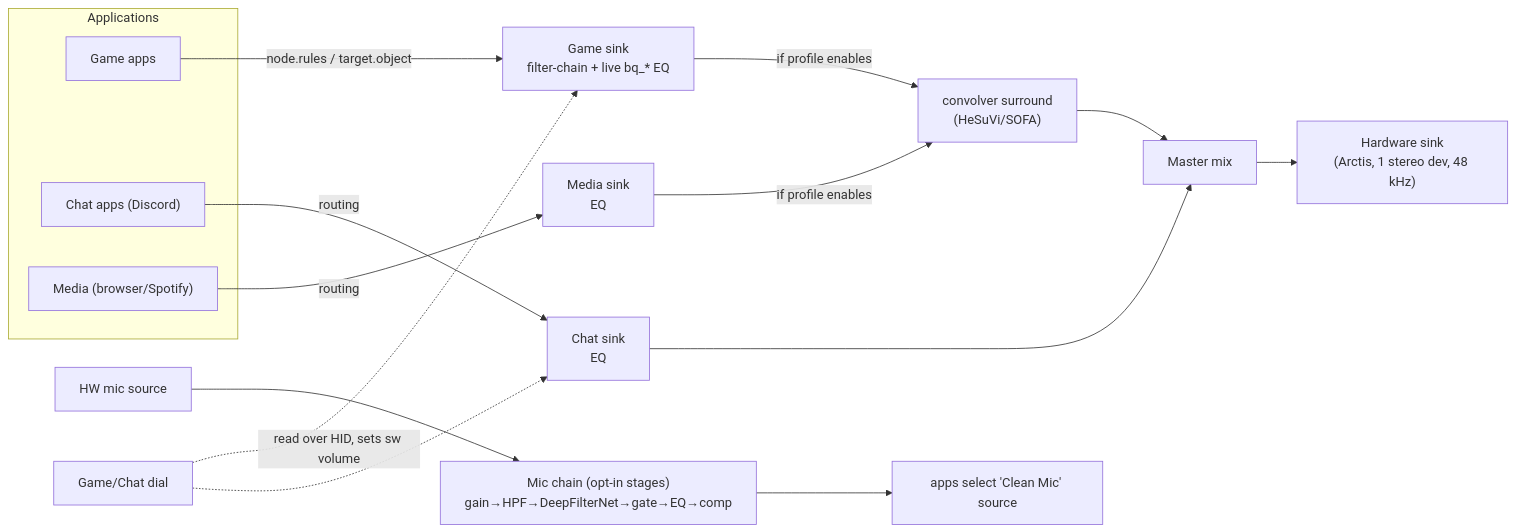
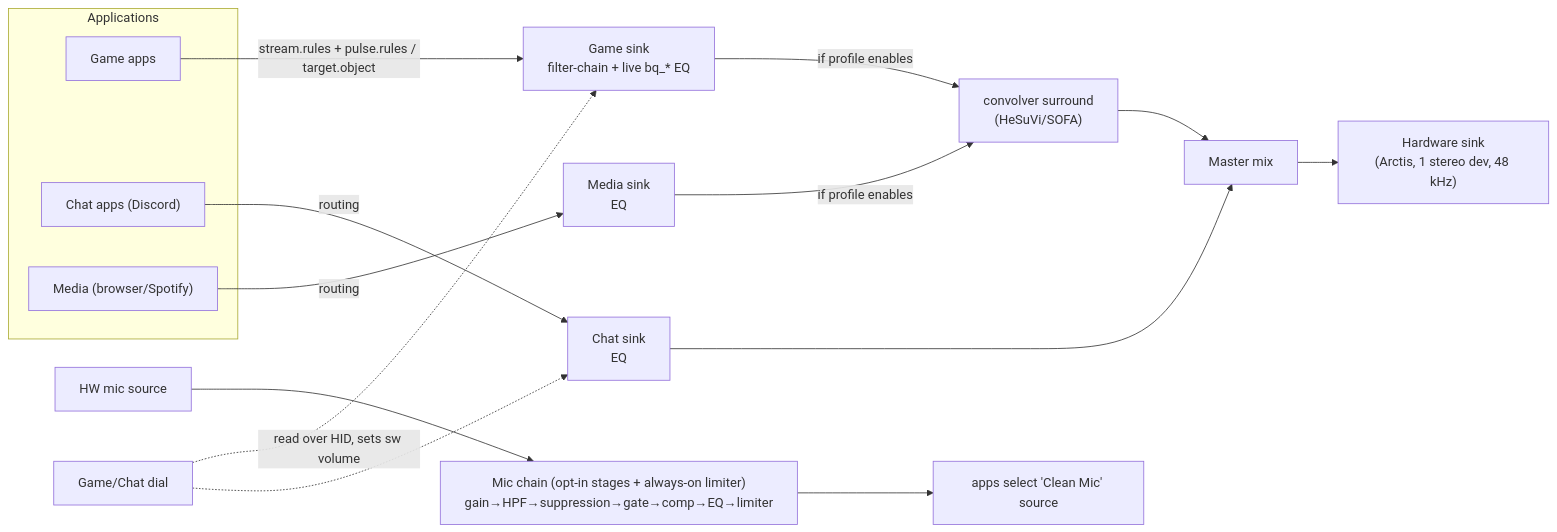
The third of 4 diagrams in ARCHITECTURE.md (Chappy202/arctis-sound-manager), drawn with Mermaid before and after one commit. The commit also changed other lines of this file and 5 other files, not shown here.

````diff
--- a/ARCHITECTURE.md
+++ b/ARCHITECTURE.md
@@ -81,24 +83,24 @@
 ```mermaid
 flowchart LR
     subgraph apps["Applications"]
         G["Game apps"]
         C["Chat apps (Discord)"]
         M["Media (browser/Spotify)"]
     end
 
-    G -->|node.rules / target.object| GS["Game sink\nfilter-chain + live bq_* EQ"]
+    G -->|stream.rules + pulse.rules / target.object| GS["Game sink\nfilter-chain + live bq_* EQ"]
     C -->|routing| CS["Chat sink\nEQ"]
     M -->|routing| MS["Media sink\nEQ"]
 
     GS -->|if profile enables| SURR["convolver surround\n(HeSuVi/SOFA)"]
     MS -->|if profile enables| SURR
     CS --> MASTER
     SURR --> MASTER["Master mix"]
     MASTER --> HW["Hardware sink\n(Arctis, 1 stereo dev, 48 kHz)"]
 
-    MIC["HW mic source"] --> MICCHAIN["Mic chain (opt-in stages)\ngain→HPF→DeepFilterNet→gate→EQ→comp"]
+    MIC["HW mic source"] --> MICCHAIN["Mic chain (opt-in stages + always-on limiter)\ngain→HPF→suppression→gate→comp→EQ→limiter"]
     MICCHAIN --> APPSOUT["apps select 'Clean Mic' source"]
 
     DIAL["Game/Chat dial"] -.->|read over HID, sets sw volume| GS
     DIAL -.-> CS
 ```
````
